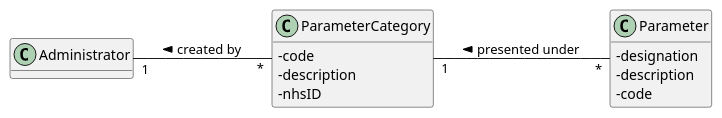
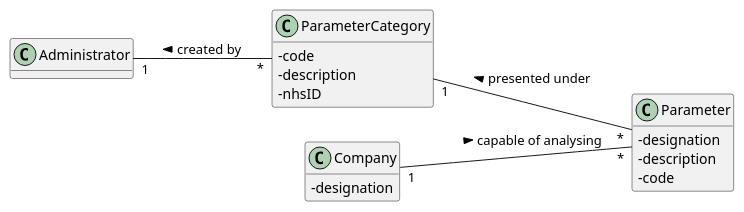
The diagram in docs/SprintB/US10/US10-MD.puml (0franciscor/lei-21-s2-1de-g19), drawn with PlantUML before and after one commit. The commit also changed 1 other file, not shown here.

```diff
--- a/docs/SprintB/US10/US10-MD.puml
+++ b/docs/SprintB/US10/US10-MD.puml
@@ -1,29 +1,35 @@
 @startuml
 'https://plantuml.com/class-diagram
 hide methods
 left to right direction
 class Administrator
 class ParameterCategory
 class Parameter
+class Company
 
 Administrator "1" -- "*" ParameterCategory : < created by
 ParameterCategory "1" -- "*" Parameter : < presented under
+Company "1" -- "*" Parameter : > capable of analysing
 
 skinparam classAttributeIconSize 0
 
 class Administrator{
 }
 
 class ParameterCategory{
 -code
 -description
 -nhsID
 }
 
 class Parameter{
 -designation
 -description
 -code
 }
 
+class Company{
+-designation
+}
+
 @enduml
```
